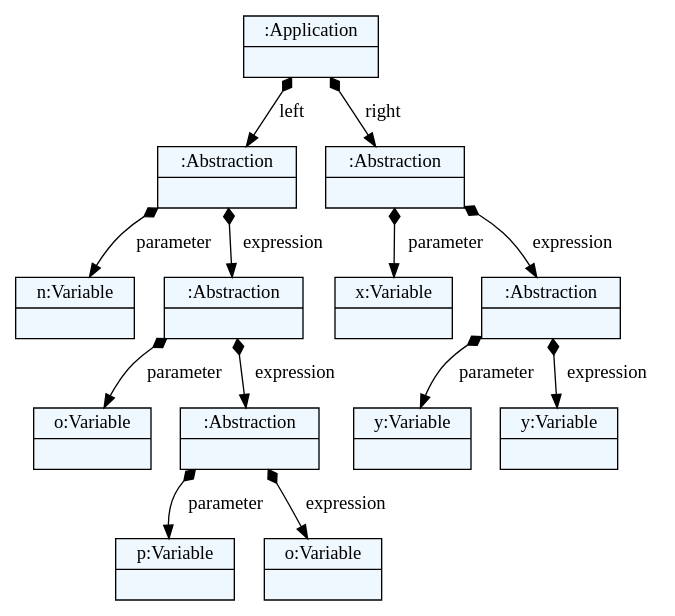
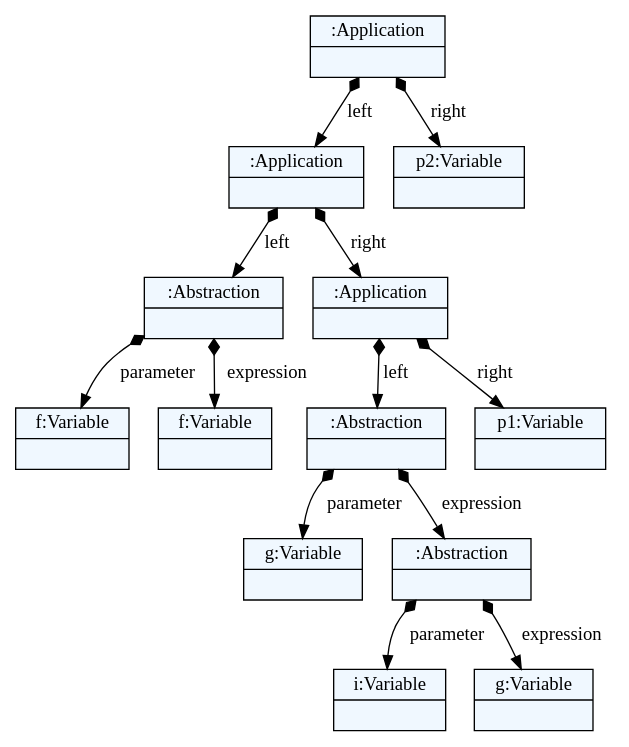
One commit to pavleglusac/lambda-calculus changed the diagram in language/models/model3.dot. Above: the diagram before and after it, drawn with Graphviz. The commit also changed 25 other files, not shown here.

```diff
--- a/language/models/model3.dot
+++ b/language/models/model3.dot
@@ -1,40 +1,40 @@
 
     digraph textX {
     fontname = "Bitstream Vera Sans"
     fontsize = 8
     node[
         shape=record,
         style=filled,
         fillcolor=aliceblue
     ]
     nodesep = 0.3
     edge[dir=black,arrowtail=empty]
 
 
-2196313881808 -> 2196318707776 [label="left" arrowtail=diamond dir=both]
-2196318707776 -> 2196318707824 [label="parameter" arrowtail=diamond dir=both]
-2196318707824[label="{n:Variable|}"]
-2196318707776 -> 2196317842544 [label="expression" arrowtail=diamond dir=both]
-2196317842544 -> 2196317842592 [label="parameter" arrowtail=diamond dir=both]
-2196317842592[label="{o:Variable|}"]
-2196317842544 -> 2196317842448 [label="expression" arrowtail=diamond dir=both]
-2196317842448 -> 2196317842496 [label="parameter" arrowtail=diamond dir=both]
-2196317842496[label="{p:Variable|}"]
-2196317842448 -> 2196317842208 [label="expression" arrowtail=diamond dir=both]
-2196317842208[label="{o:Variable|}"]
-2196317842448[label="{:Abstraction|}"]
-2196317842544[label="{:Abstraction|}"]
-2196318707776[label="{:Abstraction|}"]
-2196313881808 -> 2196318589088 [label="right" arrowtail=diamond dir=both]
-2196318589088 -> 2196318589136 [label="parameter" arrowtail=diamond dir=both]
-2196318589136[label="{x:Variable|}"]
-2196318589088 -> 2196318763616 [label="expression" arrowtail=diamond dir=both]
-2196318763616 -> 2196318763184 [label="parameter" arrowtail=diamond dir=both]
-2196318763184[label="{y:Variable|}"]
-2196318763616 -> 2196318763136 [label="expression" arrowtail=diamond dir=both]
-2196318763136[label="{y:Variable|}"]
-2196318763616[label="{:Abstraction|}"]
-2196318589088[label="{:Abstraction|}"]
-2196313881808[label="{:Application|}"]
+2133899132168 -> 2133908943368 [label="left" arrowtail=diamond dir=both]
+2133908943368 -> 2133907916808 [label="left" arrowtail=diamond dir=both]
+2133907916808 -> 2133911155400 [label="parameter" arrowtail=diamond dir=both]
+2133911155400[label="{f:Variable|}"]
+2133907916808 -> 2133910487368 [label="expression" arrowtail=diamond dir=both]
+2133910487368[label="{f:Variable|}"]
+2133907916808[label="{:Abstraction|}"]
+2133908943368 -> 2133910388232 [label="right" arrowtail=diamond dir=both]
+2133910388232 -> 2133908371912 [label="left" arrowtail=diamond dir=both]
+2133908371912 -> 2133911509064 [label="parameter" arrowtail=diamond dir=both]
+2133911509064[label="{g:Variable|}"]
+2133908371912 -> 2133911110408 [label="expression" arrowtail=diamond dir=both]
+2133911110408 -> 2133907913928 [label="parameter" arrowtail=diamond dir=both]
+2133907913928[label="{i:Variable|}"]
+2133911110408 -> 2133907794312 [label="expression" arrowtail=diamond dir=both]
+2133907794312[label="{g:Variable|}"]
+2133911110408[label="{:Abstraction|}"]
+2133908371912[label="{:Abstraction|}"]
+2133910388232 -> 2133911269192 [label="right" arrowtail=diamond dir=both]
+2133911269192[label="{p1:Variable|}"]
+2133910388232[label="{:Application|}"]
+2133908943368[label="{:Application|}"]
+2133899132168 -> 2133908715784 [label="right" arrowtail=diamond dir=both]
+2133908715784[label="{p2:Variable|}"]
+2133899132168[label="{:Application|}"]
 
 }
```
